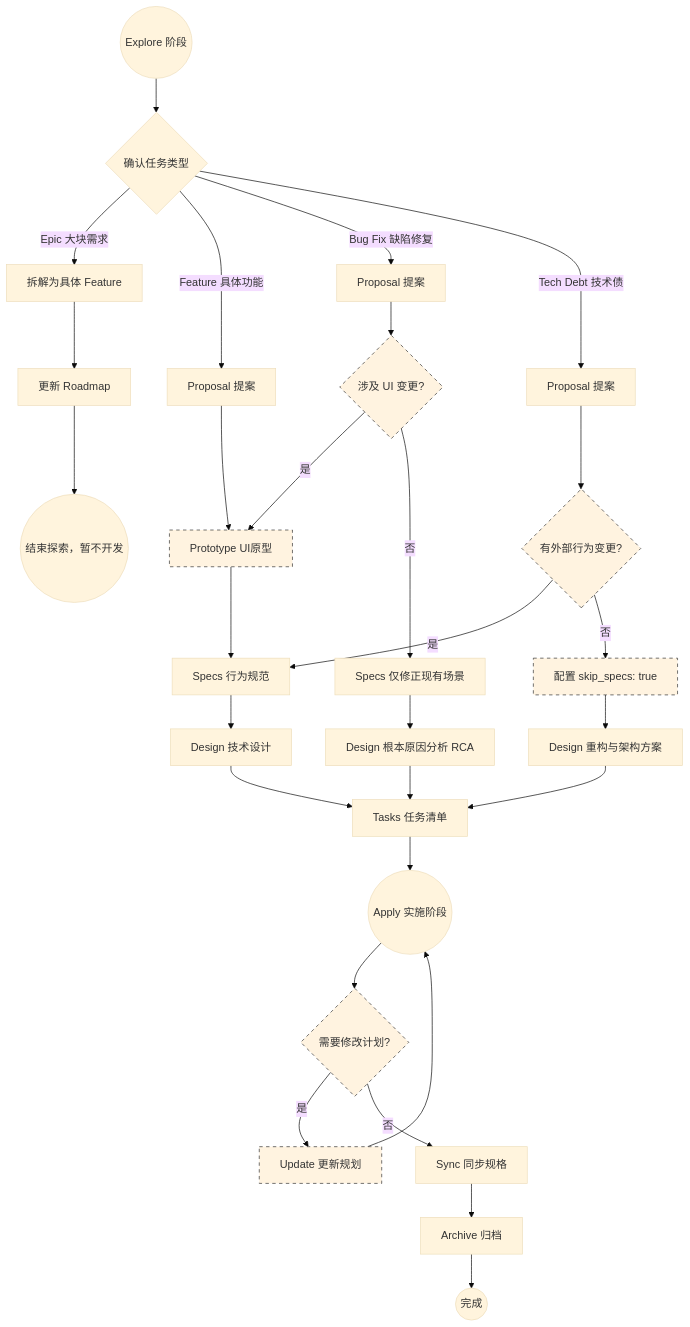
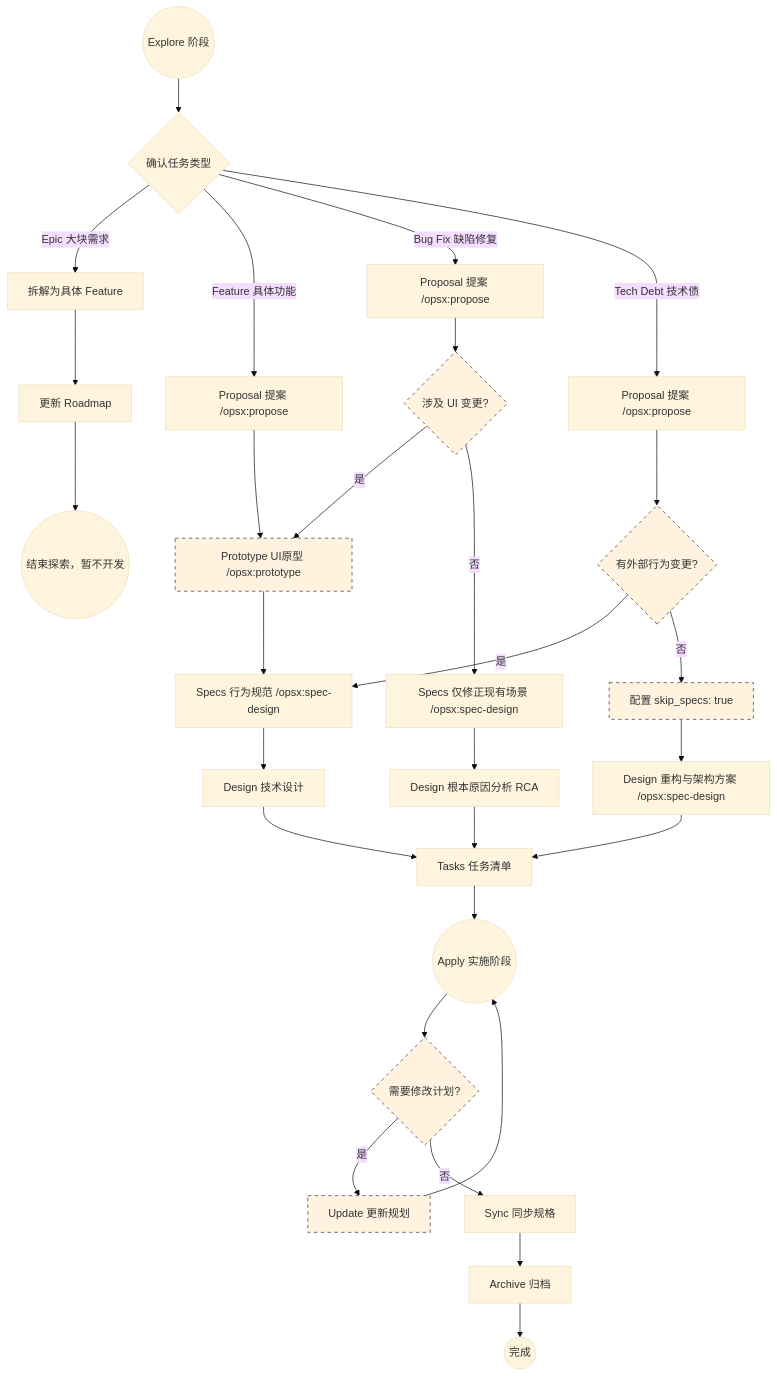
The diagram in docs/sops/sdd-workflow.md (jkang/openspec-example), drawn with Mermaid (base theme) before and after one commit. The commit also changed other lines of this file and 19 other files, not shown here.

````diff
--- a/docs/sops/sdd-workflow.md
+++ b/docs/sops/sdd-workflow.md
@@ -12,46 +12,46 @@
 ```mermaid
 graph TD
     Start((Explore 阶段)) --> Type{确认任务类型}
 
     %% Epic 分支
     Type -->|Epic 大块需求| Epic_Split[拆解为具体 Feature]
     Epic_Split --> Epic_Roadmap[更新 Roadmap]
     Epic_Roadmap --> End_Epic((结束探索，暂不开发))
 
     %% Feature 分支
-    Type -->|Feature 具体功能| F_Prop[Proposal 提案]
-    F_Prop --> F_Proto[Prototype UI原型]
-    F_Proto --> F_Spec[Specs 行为规范]
+    Type -->|Feature 具体功能| F_Prop[Proposal 提案 /opsx:propose]
+    F_Prop --> F_Proto[Prototype UI原型 /opsx:prototype]
+    F_Proto --> F_Spec[Specs 行为规范 /opsx:spec-design]
     F_Spec --> F_Des[Design 技术设计]
     F_Des --> Tasks[Tasks 任务清单]
 
     %% Bug Fix 分支
-    Type -->|Bug Fix 缺陷修复| B_Prop[Proposal 提案]
+    Type -->|Bug Fix 缺陷修复| B_Prop[Proposal 提案 /opsx:propose]
     B_Prop --> B_UI{涉及 UI 变更?}
     B_UI -->|是| F_Proto
-    B_UI -->|否| B_Spec[Specs 仅修正现有场景]
+    B_UI -->|否| B_Spec[Specs 仅修正现有场景 /opsx:spec-design]
     B_Spec --> B_Des[Design 根本原因分析 RCA]
     B_Des --> Tasks
 
     %% Tech Debt 分支
-    Type -->|Tech Debt 技术债| T_Prop[Proposal 提案]
+    Type -->|Tech Debt 技术债| T_Prop[Proposal 提案 /opsx:propose]
     T_Prop --> T_Spec{有外部行为变更?}
     T_Spec -->|是| F_Spec
     T_Spec -->|否| T_Skip[配置 skip_specs: true]
-    T_Skip --> T_Des[Design 重构与架构方案]
+    T_Skip --> T_Des[Design 重构与架构方案 /opsx:spec-design]
     T_Des --> Tasks
 
     Tasks --> Apply((Apply 实施阶段))
     
     Apply --> Update_Opt{需要修改计划?}
     Update_Opt -->|是| Update[Update 更新规划]
     Update --> Apply
     Update_Opt -->|否| Sync[Sync 同步规格]
     
     Sync --> Archive[Archive 归档]
     Archive --> Done((完成))
     
     classDef mandatory fill:#e1f5fe,stroke:#333,stroke-width:2px;
     classDef optional fill:#fff3e0,stroke:#333,stroke-width:1px,stroke-dasharray: 5 5;
     class F_Proto,B_UI,T_Spec,T_Skip,Update_Opt,Update optional;
 ```
````
